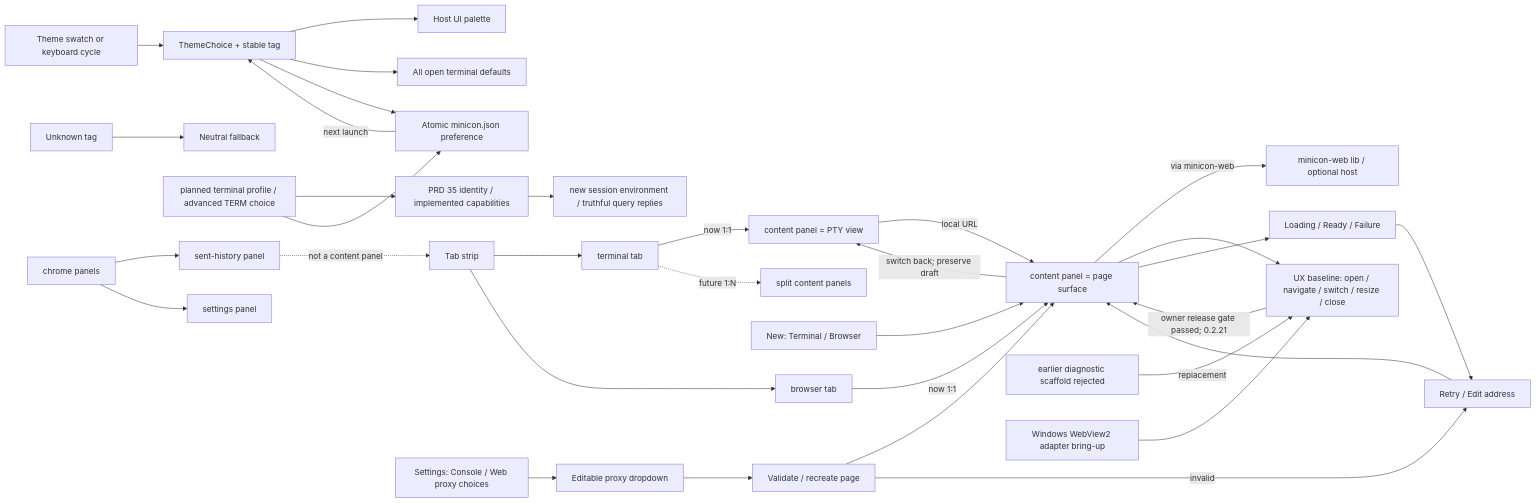
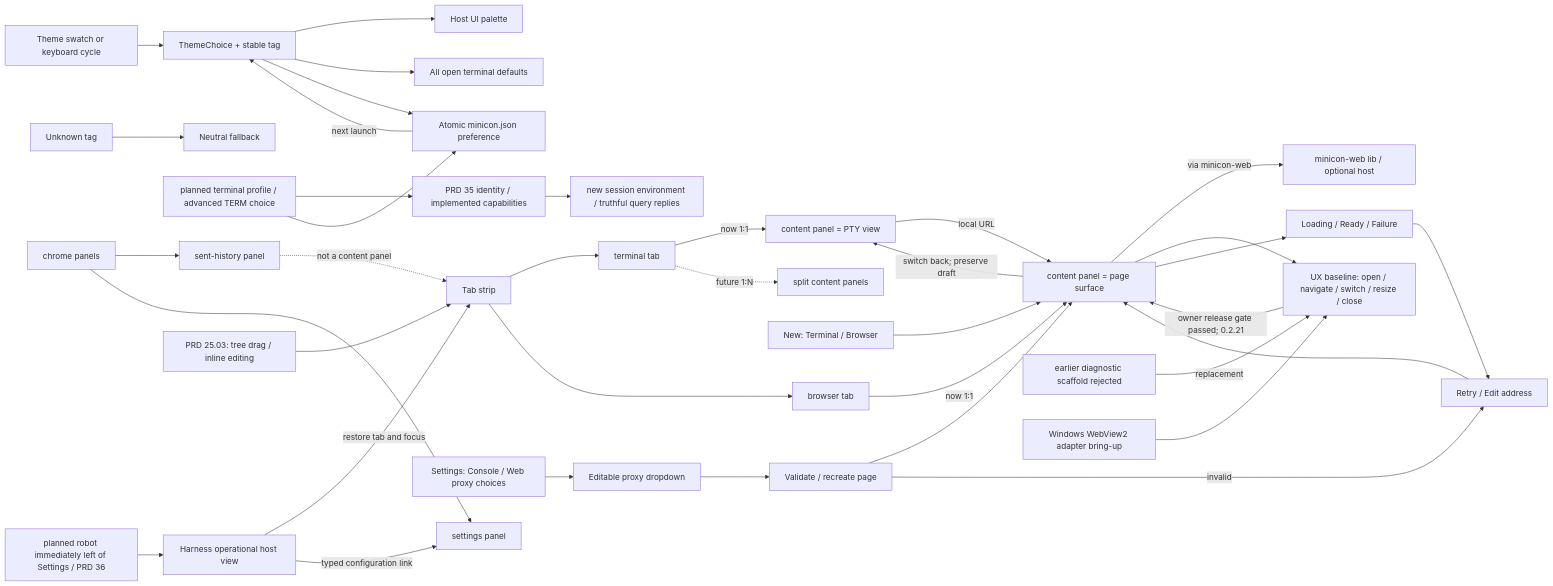
One commit to partnernetsoftware/minicon changed the first of 2 diagrams in prd/PRD_02_25_con_workspace.md. Above: the diagram before and after it, drawn with Mermaid. The commit also changed other lines of this file and 26 other files, not shown here.

Commit message:
feat: isolate gateway client profiles and plan workspace roadmap

````diff
--- a/prd/PRD_02_25_con_workspace.md
+++ b/prd/PRD_02_25_con_workspace.md
@@ -57,35 +59,39 @@
 ```mermaid
 flowchart LR
     Choice["Theme swatch or keyboard cycle"] --> T["ThemeChoice + stable tag"]
     T --> Host["Host UI palette"]
     T --> Tabs["All open terminal defaults"]
     T --> Save["Atomic minicon.json preference"]
     Save -->|next launch| T
     Bad["Unknown tag"] --> Default["Neutral fallback"]
     Term["planned terminal profile / advanced TERM choice"] --> Contract["PRD 35 identity / implemented capabilities"]
     Contract --> Spawn["new session environment / truthful query replies"]
     Term --> Save
     Strip["Tab strip"] --> TermTab["terminal tab"]
     Strip --> BrTab["browser tab"]
     TermTab -->|"now 1:1"| TermCP["content panel = PTY view"]
     BrTab -->|"now 1:1"| BrCP["content panel = page surface"]
     BrCP -->|"via minicon-web"| Web["minicon-web lib / optional host"]
     BrCP --> UX["UX baseline: open / navigate / switch / resize / close"]
     BadUX["earlier diagnostic scaffold rejected"] -->|"replacement"| UX
     WinWeb["Windows WebView2 adapter bring-up"] --> UX
     UX -->|"owner release gate passed; 0.2.21"| BrCP
     Entry["New: Terminal / Browser"] --> BrCP
     BrCP --> State["Loading / Ready / Failure"]
     State --> Recovery["Retry / Edit address"]
     Recovery --> BrCP
     Choices["Settings: Console / Web proxy choices"] --> Proxy
     Proxy["Editable proxy dropdown"] --> Validate["Validate / recreate page"]
     Validate --> BrCP
     Validate -->|invalid| Recovery
     TermCP -->|"local URL"| BrCP
     BrCP -->|"switch back; preserve draft"| TermCP
     TermTab -.->|"future 1:N"| Multi["split content panels"]
     Chrome["chrome panels"] --> Hist["sent-history panel"]
     Chrome --> Sett["settings panel"]
+    Robot["planned robot immediately left of Settings / PRD 36"] --> HW["Harness operational host view"]
+    TI["PRD 25.03: tree drag / inline editing"] --> Strip
+    HW -->|"restore tab and focus"| Strip
+    HW -->|"typed configuration link"| Sett
     Hist -.->|"not a content panel"| Strip
 ```
````
